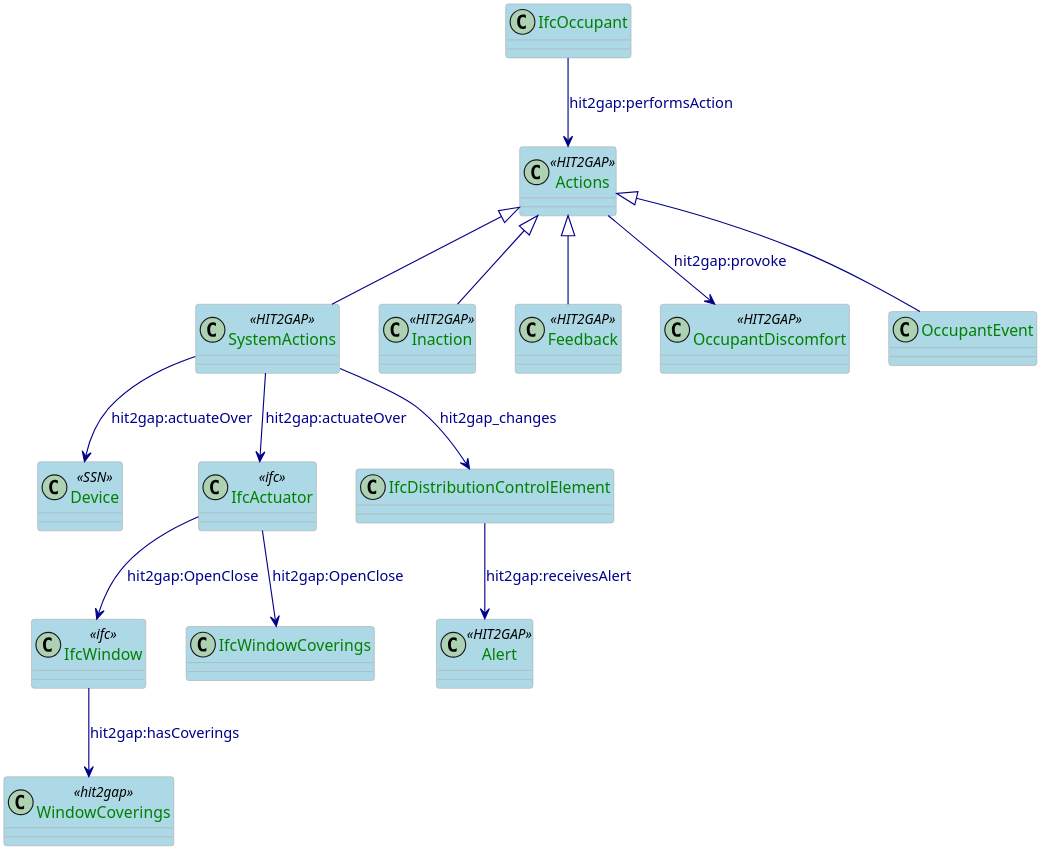
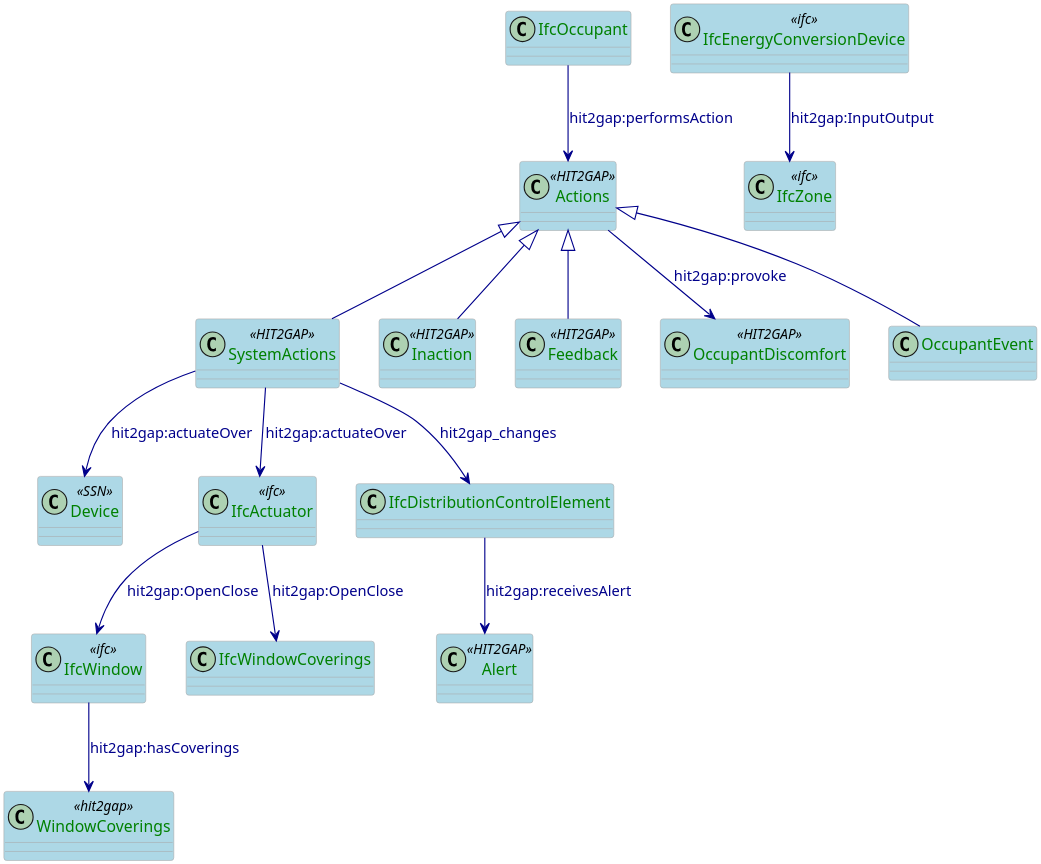
The diagram in docs/plantuml/ActionSpecification.puml (HIT2GAP-EU-PROJECT/BEMOnt), drawn with PlantUML before and after one commit.

```diff
--- a/docs/plantuml/ActionSpecification.puml
+++ b/docs/plantuml/ActionSpecification.puml
@@ -1,66 +1,70 @@
 @startuml
 
 skinparam class {
   ArrowColor DarkBlue
   ArrowFontColor DarkBlue
   BackgroundColor LightBlue
   BorderColor DarkGrey
 }
 skinparam dpi 300
 skinparam stereotypeCBackgroundColor Wheat
 skinparam classAttributeFontColor  Green
 
 class Actions <<HIT2GAP>>{
 
 }
 
 class SystemActions<<HIT2GAP>>{
 
 }
 
 class Device <<SSN>>{
 
 }
 
 class Alert <<HIT2GAP>>{
 
 }
 
 class Inaction <<HIT2GAP>>{
 
 }
 
 class Feedback <<HIT2GAP>>{
 
 }
 
 
 class OccupantDiscomfort <<HIT2GAP>>{
 
 }
 
 class WindowCoverings <<hit2gap>> 
 
 
 class IfcActuator <<ifc>>
 class IfcWindow <<ifc>>
+class IfcZone <<ifc>>
+class IfcEnergyConversionDevice <<ifc>>
+
 
 
 Actions <|-- SystemActions
 Actions <|-- Inaction
 
 Actions <|-- Feedback
 Actions <|-- OccupantEvent
 
 Actions --> OccupantDiscomfort: hit2gap:provoke
 SystemActions --> IfcDistributionControlElement:hit2gap_changes
 IfcDistributionControlElement --> Alert: hit2gap:receivesAlert
 SystemActions --> Device: hit2gap:actuateOver
 SystemActions --> IfcActuator: hit2gap:actuateOver
 IfcOccupant --> Actions: hit2gap:performsAction
 IfcWindow --> WindowCoverings: hit2gap:hasCoverings
 IfcActuator --> IfcWindow: hit2gap:OpenClose
 IfcActuator --> IfcWindowCoverings: hit2gap:OpenClose
+IfcEnergyConversionDevice --> IfcZone: hit2gap:InputOutput
 
 
 @enduml
```
